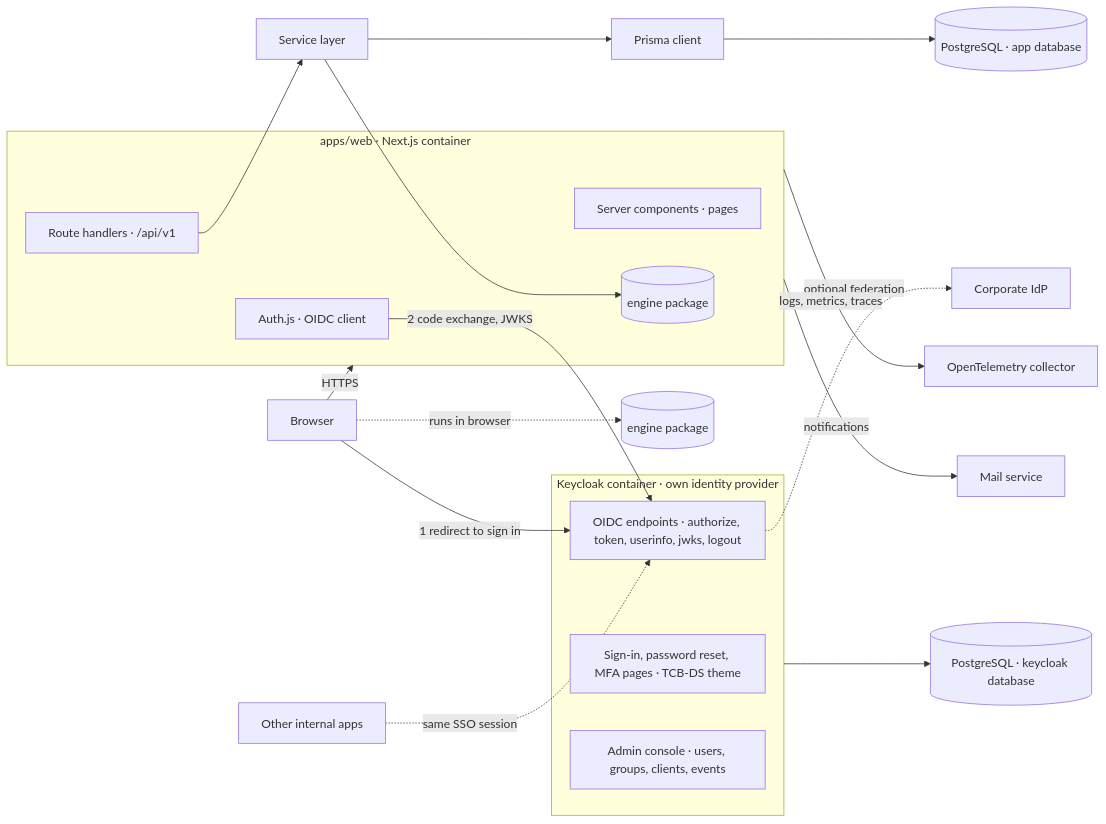
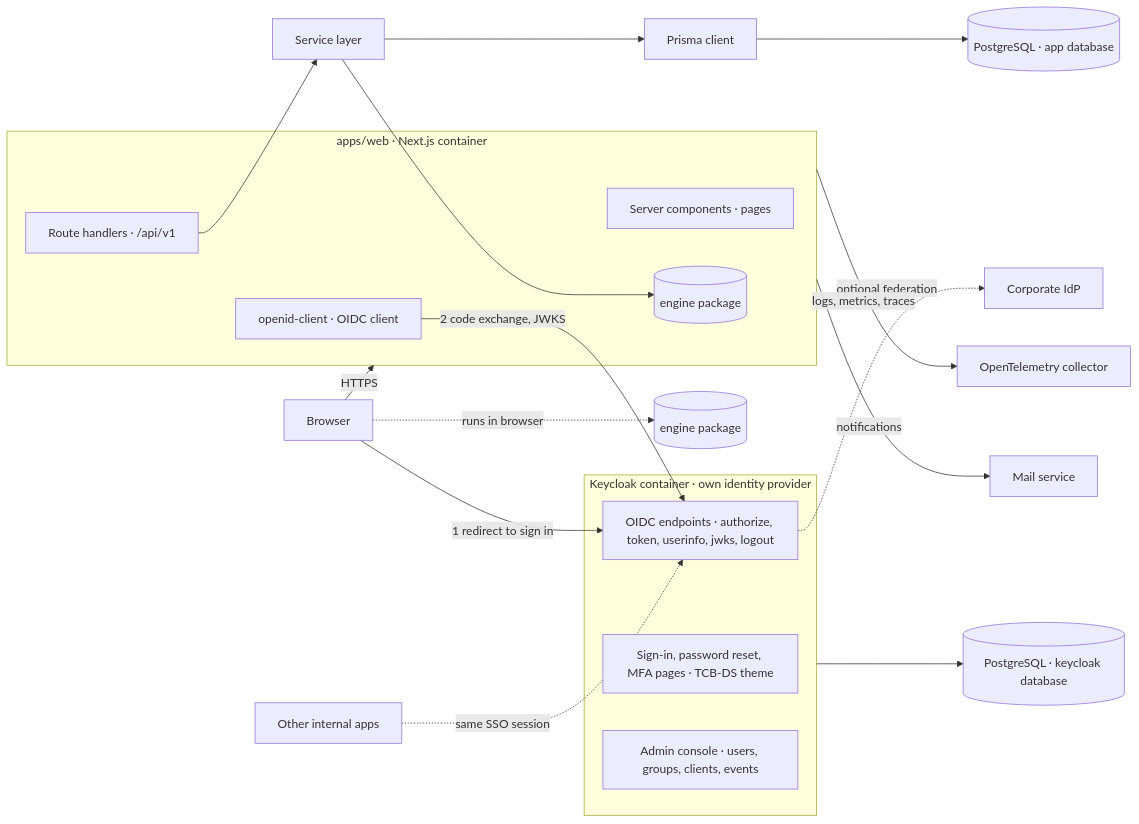
One commit to simbataisa/resource-planning changed the first of 3 diagrams in SIT_Sizing_Model_Solution_Design.md. Above: the diagram before and after it, drawn with Mermaid. The commit also changed other lines of this file and 51 other files, not shown here.

````diff
--- a/SIT_Sizing_Model_Solution_Design.md
+++ b/SIT_Sizing_Model_Solution_Design.md
@@ -104,26 +104,26 @@
 ```mermaid
 flowchart LR
   U[Browser]
   subgraph KC[Keycloak container · own identity provider]
     LOGIN[Sign-in, password reset, MFA pages · TCB-DS theme]
     OIDC[OIDC endpoints · authorize, token, userinfo, jwks, logout]
     ADM[Admin console · users, groups, clients, events]
   end
   subgraph WEB[apps/web · Next.js container]
     RSC[Server components · pages]
     API[Route handlers · /api/v1]
-    AUTH[Auth.js · OIDC client]
+    AUTH[openid-client · OIDC client]
     ENG[(engine package)]
   end
   U -->|1 redirect to sign in| OIDC
   U -->|HTTPS| WEB
   AUTH -->|2 code exchange, JWKS| OIDC
   U -.runs in browser.-> ENGC[(engine package)]
   API --> SVC[Service layer] --> ENG
   SVC --> PRISMA[Prisma client] --> APPDB[(PostgreSQL · app database)]
   KC --> KCDB[(PostgreSQL · keycloak database)]
   WEB -->|logs, metrics, traces| OTEL[OpenTelemetry collector]
   WEB -->|notifications| MAIL[Mail service]
   OTHER[Other internal apps] -.same SSO session.-> OIDC
   OIDC -.optional federation.-> CORP[Corporate IdP]
 ```
````
